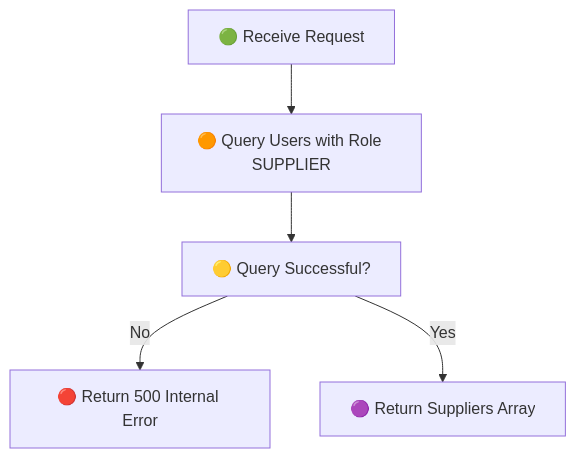
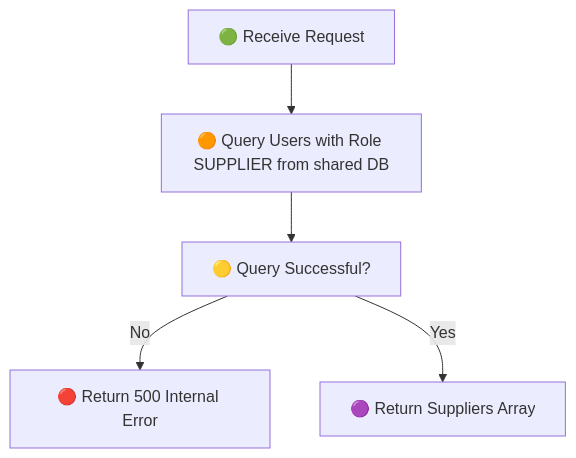
Diagram 11 of 19 in API_Flow_Diagrams.md (trunghc97/blockchain), drawn with Mermaid before and after one commit. The commit also changed other lines of this file and 4 other files, not shown here.

````diff
--- a/API_Flow_Diagrams.md
+++ b/API_Flow_Diagrams.md
@@ -163,7 +213,7 @@
 ```mermaid
 flowchart TD
-    A[🟢 Receive Request] --> B[🟠 Query Users with Role SUPPLIER]
+    A[🟢 Receive Request] --> B[🟠 Query Users with Role SUPPLIER from shared DB]
     B --> C[🟡 Query Successful?]
     C -->|No| D[🔴 Return 500 Internal Error]
     C -->|Yes| E[🟣 Return Suppliers Array]
 ```
````
